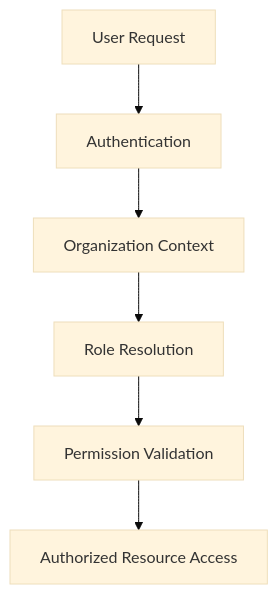
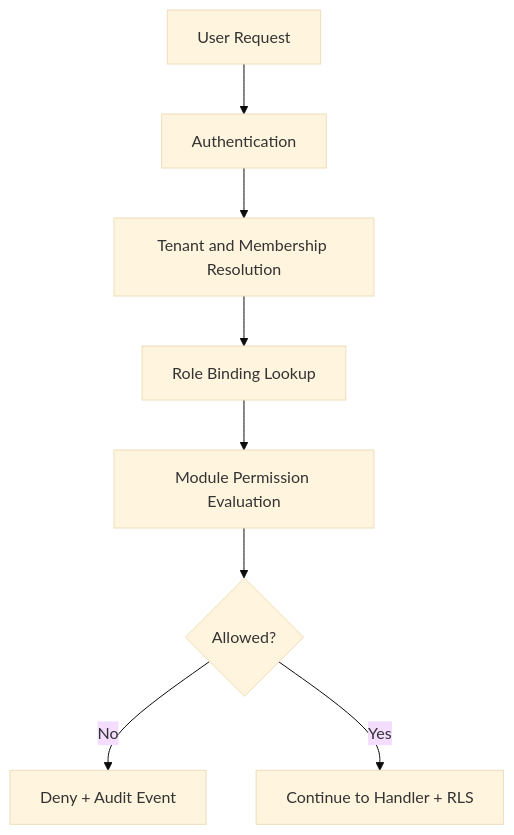
Before and after one commit to Ahsankhalid618/multi-tenant-saas-architecture: the diagram in architecture/rbac-system.md, drawn with Mermaid (base theme). The commit also changed other lines of this file and 20 other files, not shown here.

````diff
--- a/architecture/rbac-system.md
+++ b/architecture/rbac-system.md
@@ -21,14 +21,17 @@
 ```mermaid
 flowchart TD
 
 A[User Request]
 --> B[Authentication]
 
-B --> C[Organization Context]
+B --> C[Tenant and Membership Resolution]
 
-C --> D[Role Resolution]
+C --> D[Role Binding Lookup]
 
-D --> E[Permission Validation]
+D --> E[Module Permission Evaluation]
 
-E --> F[Authorized Resource Access]
+E --> F{Allowed?}
+
+F -->|No| G[Deny + Audit Event]
+F -->|Yes| H[Continue to Handler + RLS]
 ```
````
